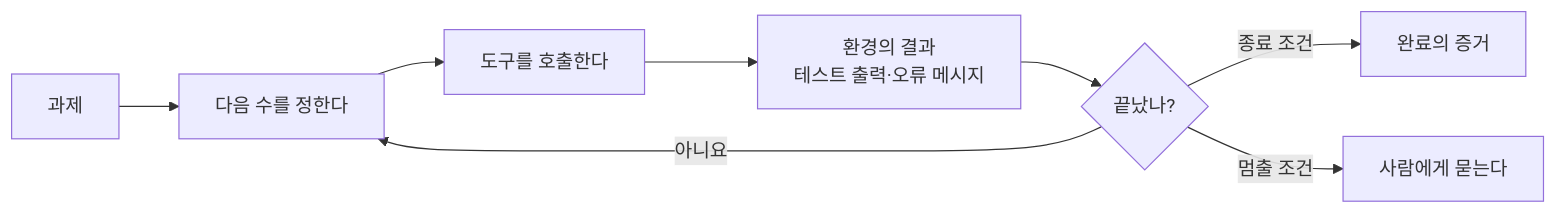
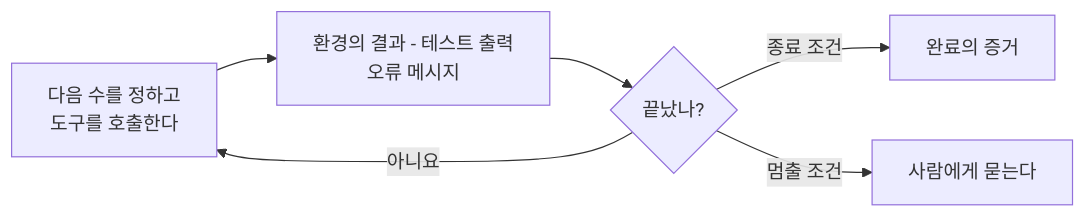
Before and after one commit to YoungSan77/TrainingMaterials: the seventh of 11 diagrams in courses/ai-native/sessions/s07.md, drawn with Mermaid. The commit also changed other lines of this file and 29 other files, not shown here.

````diff
--- a/courses/ai-native/sessions/s07.md
+++ b/courses/ai-native/sessions/s07.md
@@ -288,10 +287,8 @@
 ```mermaid
 flowchart LR
-    T["과제"] --> N["다음 수를 정한다"]
-    N --> C["도구를 호출한다"]
-    C --> R["환경의 결과<br/>테스트 출력·오류 메시지"]
+    N["다음 수를 정하고<br/>도구를 호출한다"] --> R["환경의 결과 - 테스트 출력<br/>오류 메시지"]
     R --> J{"끝났나?"}
-    J -->|아니요| N
-    J -->|종료 조건| D["완료의 증거"]
-    J -->|멈출 조건| H["사람에게 묻는다"]
+    J -->|"아니요"| N
+    J -->|"종료 조건"| D["완료의 증거"]
+    J -->|"멈출 조건"| H["사람에게 묻는다"]
 ```
````
